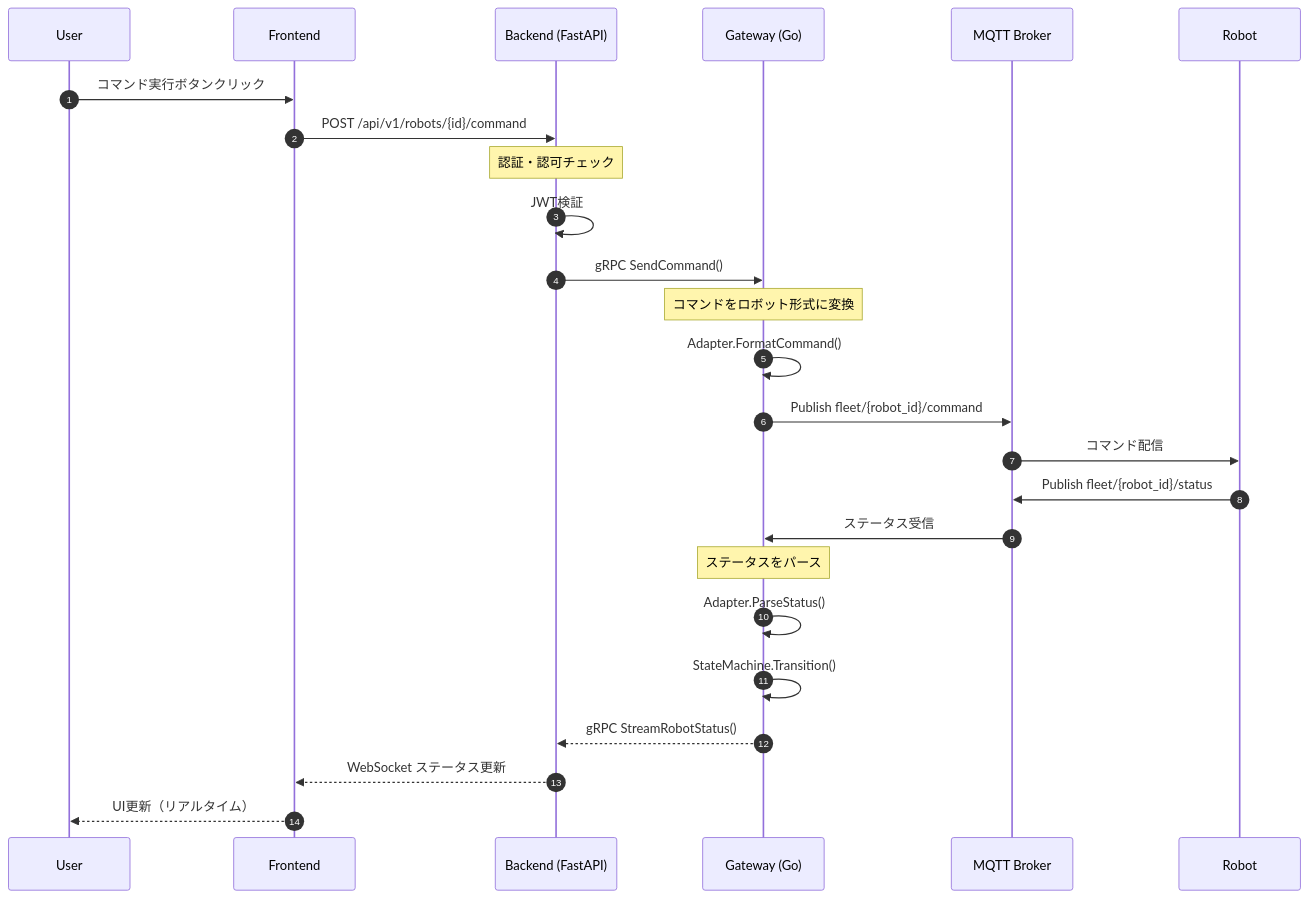
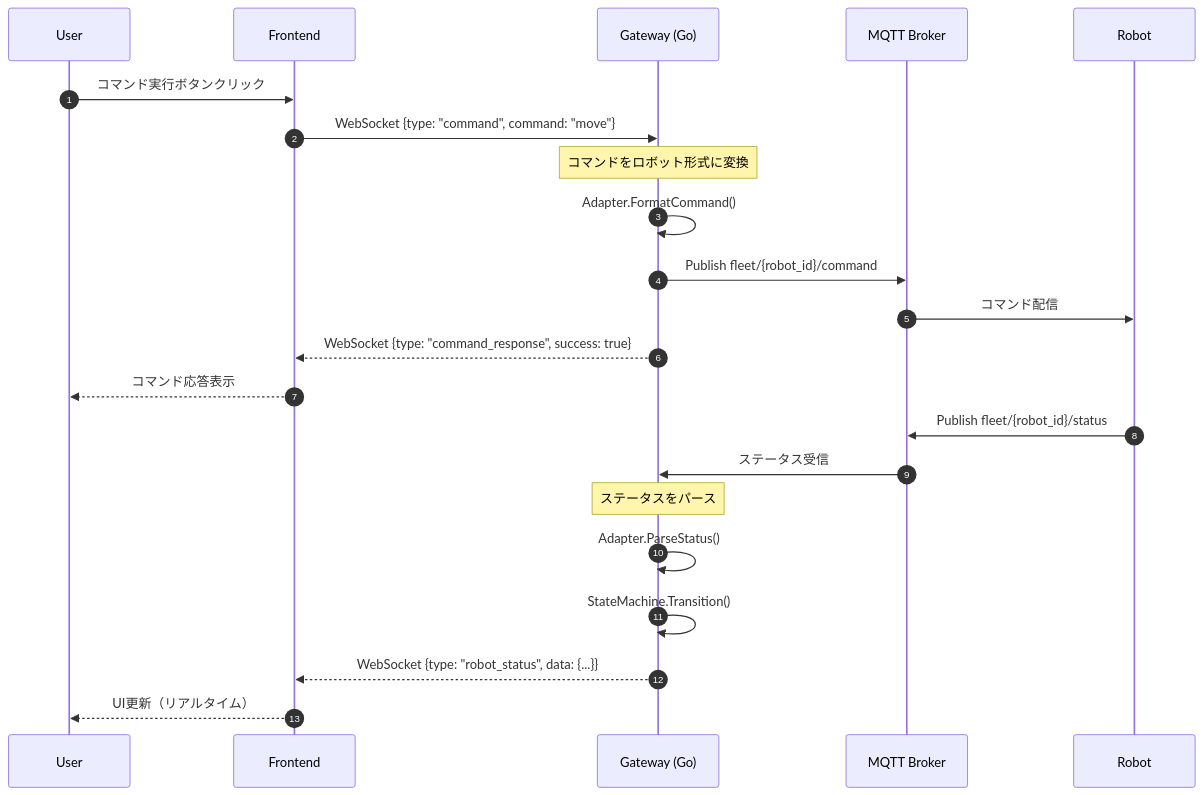
Before and after one commit to akinami3/robot-ml-web-app: the second of 5 diagrams in README.md, drawn with Mermaid. The commit also changed other lines of this file and 25 other files, not shown here.

````diff
--- a/README.md
+++ b/README.md
@@ -192,35 +225,31 @@
 ```mermaid
 sequenceDiagram
     autonumber
     participant U as User
     participant F as Frontend
-    participant B as Backend (FastAPI)
     participant G as Gateway (Go)
     participant M as MQTT Broker
     participant R as Robot
 
     U->>F: コマンド実行ボタンクリック
-    F->>B: POST /api/v1/robots/{id}/command
-    
-    Note over B: 認証・認可チェック
-    B->>B: JWT検証
-    
-    B->>G: gRPC SendCommand()
+    F->>G: WebSocket {type: "command", command: "move"}
     
     Note over G: コマンドをロボット形式に変換
     G->>G: Adapter.FormatCommand()
     
     G->>M: Publish fleet/{robot_id}/command
     M->>R: コマンド配信
+    
+    G-->>F: WebSocket {type: "command_response", success: true}
+    F-->>U: コマンド応答表示
     
     R->>M: Publish fleet/{robot_id}/status
     M->>G: ステータス受信
     
     Note over G: ステータスをパース
     G->>G: Adapter.ParseStatus()
     G->>G: StateMachine.Transition()
     
-    G-->>B: gRPC StreamRobotStatus()
-    B-->>F: WebSocket ステータス更新
+    G-->>F: WebSocket {type: "robot_status", data: {...}}
     F-->>U: UI更新（リアルタイム）
 ```
````
